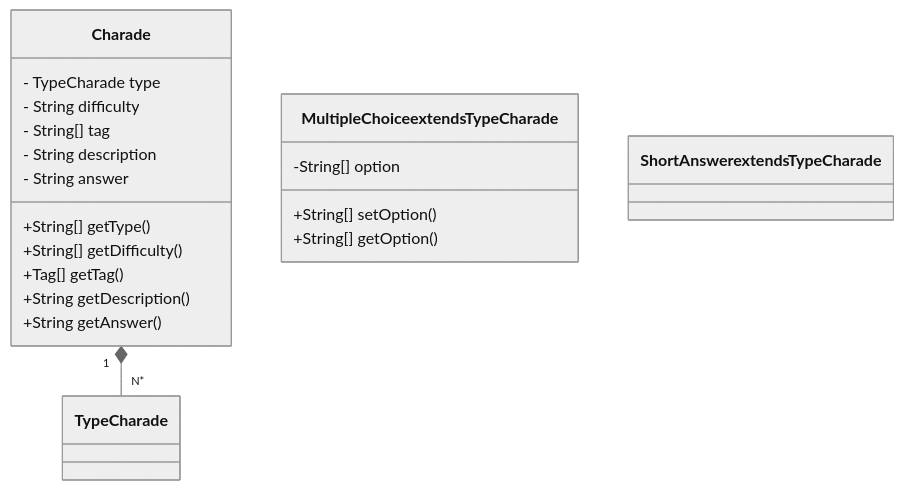
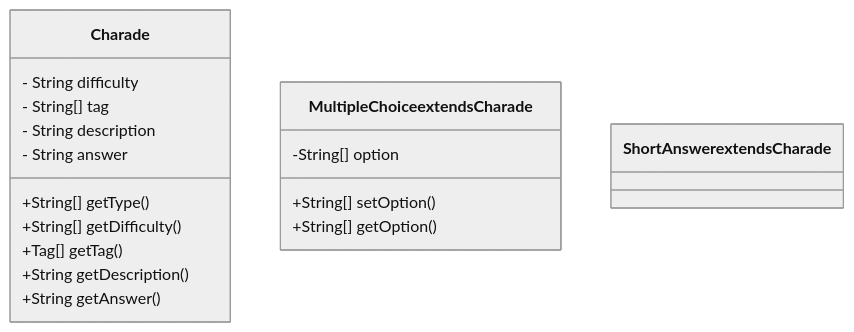
The diagram in README.md (danielasegadilha/Spring-boot-game), drawn with Mermaid (neutral theme) before and after one commit.

````diff
--- a/README.md
+++ b/README.md
@@ -24,29 +24,23 @@
 ```mermaid
 classDiagram
     class Charade {
-        - TypeCharade type
         - String difficulty
         - String[] tag
         - String description
         - String answer
         +String[] getType()
         +String[] getDifficulty()
         +Tag[] getTag()
         +String getDescription()
         +String getAnswer()
     }
-    class TypeCharade {
-    }
-    class MultipleChoice extends TypeCharade {
+    class MultipleChoice extends Charade {
         -String[] option
         +String[] setOption()
         +String[] getOption()
     }
 
-    class ShortAnswer extends TypeCharade {
+    class ShortAnswer extends Charade {
     }
 
-    
-    Charade "1" *-- "N*" TypeCharade
-
 ```
````
